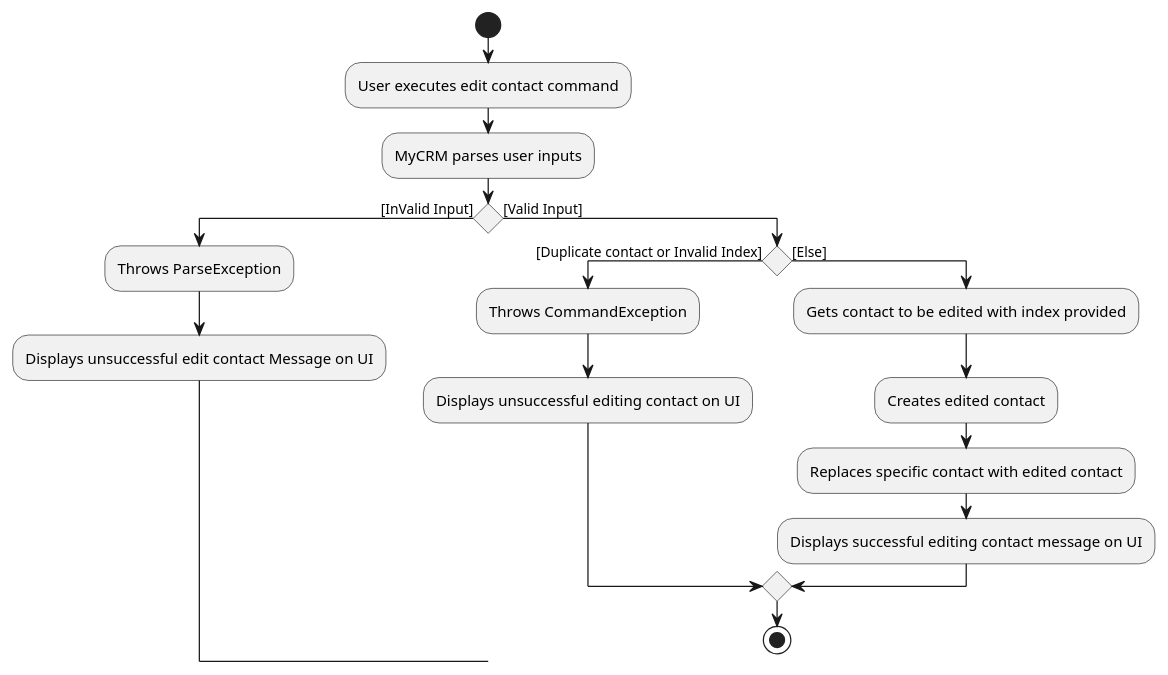
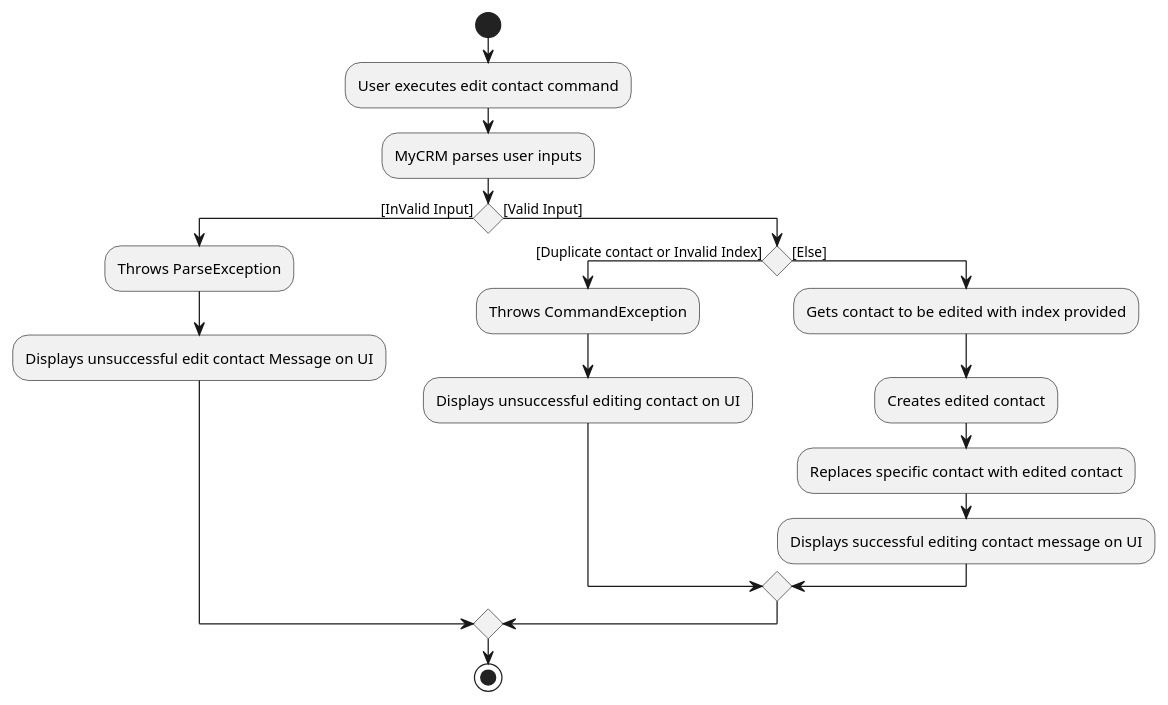
Before and after one commit to ooawagaeri/tp: the diagram in docs/diagrams/contact/EditContactActivityDiagram.puml, drawn with PlantUML. The commit also changed 9 other files, not shown here.

Commit message:
Fix contact activity diagram issue.

```diff
--- a/docs/diagrams/contact/EditContactActivityDiagram.puml
+++ b/docs/diagrams/contact/EditContactActivityDiagram.puml
@@ -1,19 +1,20 @@
 @startuml
 start
 :User executes edit contact command;
 :MyCRM parses user inputs;
 if () then ([InValid Input])
     :Throws ParseException;
     :Displays unsuccessful edit contact Message on UI;
 else ([Valid Input])
 if () then ([Duplicate contact or Invalid Index])
     :Throws CommandException;
     :Displays unsuccessful editing contact on UI;
 else ([Else])
 :Gets contact to be edited with index provided;
 :Creates edited contact;
 :Replaces specific contact with edited contact;
 :Displays successful editing contact message on UI;
 endif
+endif
 stop
 @enduml
```
